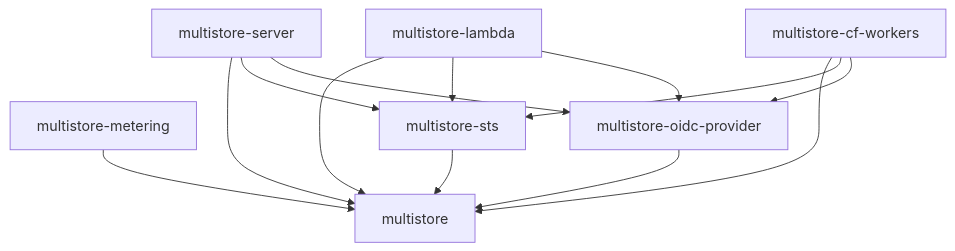
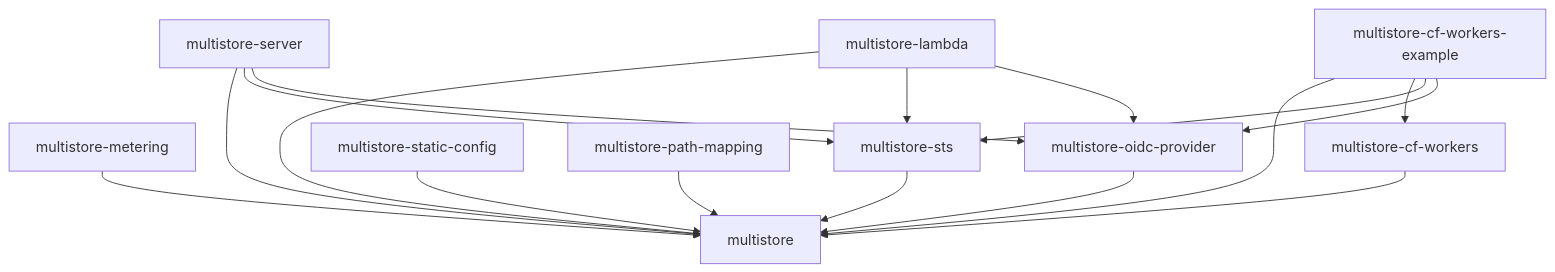
Before and after one commit to developmentseed/multistore: the diagram in docs/architecture/crate-layout.md, drawn with Mermaid. The commit also changed other lines of this file and 21 other files, not shown here.

````diff
--- a/docs/architecture/crate-layout.md
+++ b/docs/architecture/crate-layout.md
@@ -96,23 +117,30 @@
 ```mermaid
 flowchart TD
     core["multistore"]
     metering["multistore-metering"]
     sts["multistore-sts"]
     oidc["multistore-oidc-provider"]
+    staticcfg["multistore-static-config"]
+    pathmap["multistore-path-mapping"]
+    cfworkers["multistore-cf-workers"]
     server["multistore-server"]
     lambda["multistore-lambda"]
-    workers["multistore-cf-workers"]
+    workers["multistore-cf-workers-example"]
 
     server --> core
     server --> sts
     server --> oidc
     lambda --> core
     lambda --> sts
     lambda --> oidc
     workers --> core
+    workers --> cfworkers
     workers --> sts
     workers --> oidc
+    cfworkers --> core
     metering --> core
     sts --> core
     oidc --> core
+    staticcfg --> core
+    pathmap --> core
 ```
````
